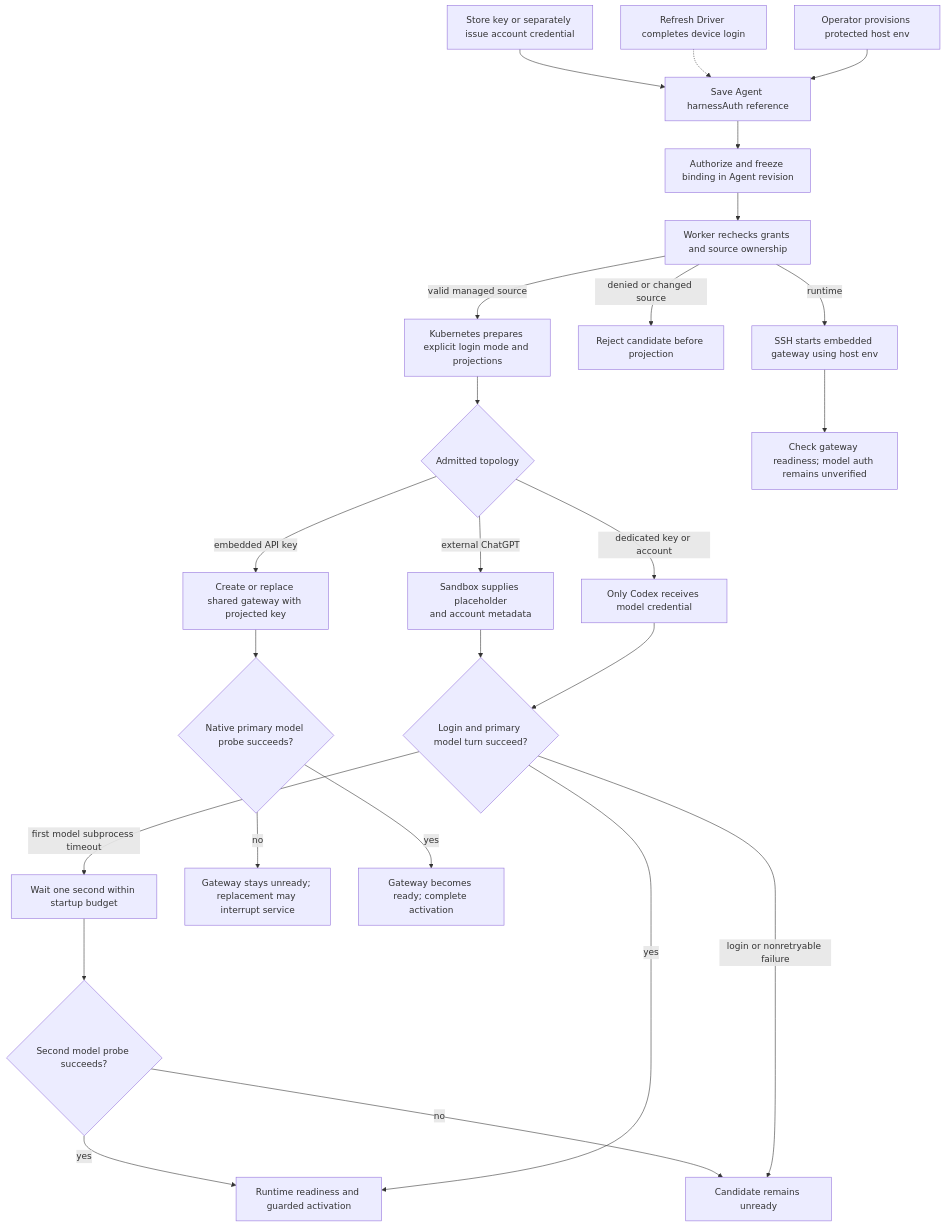
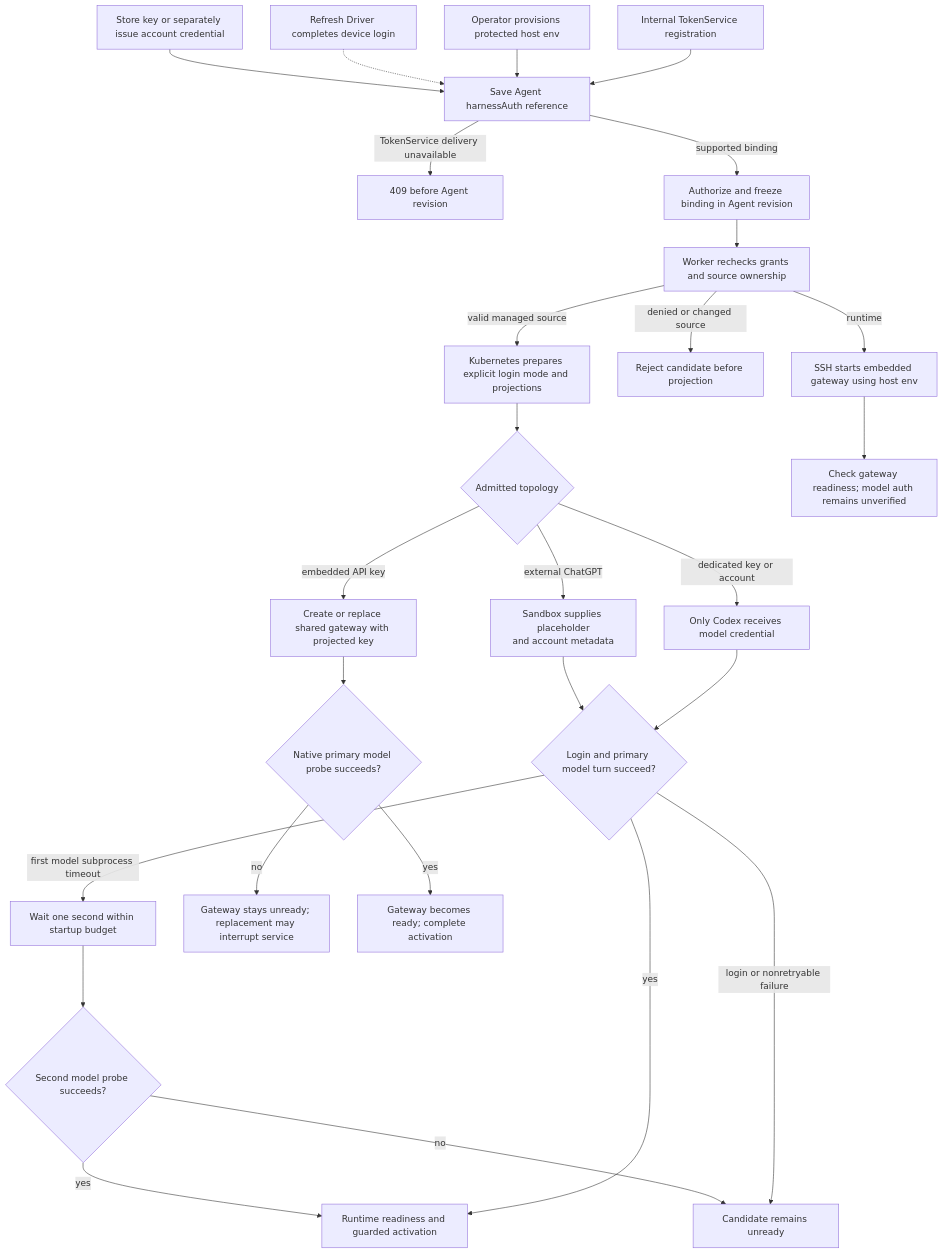
The diagram in docs/flows/native-service-account-credential-delivery.md (openclaw/openclaw-enterprise), drawn with Mermaid before and after one commit. The commit also changed other lines of this file and 4 other files, not shown here.

````diff
--- a/docs/flows/native-service-account-credential-delivery.md
+++ b/docs/flows/native-service-account-credential-delivery.md
@@ -31,27 +31,29 @@
 ```mermaid
 graph TD
   A["Store key or separately issue account credential"] --> B["Save Agent harnessAuth reference"]
   DA["Refresh Driver completes device login"] -.-> B
   G -->|external ChatGPT| OA["Sandbox supplies placeholder<br/>and account metadata"]
   OA --> J
   R["Operator provisions protected host env"] --> B
   D -->|runtime| S["SSH starts embedded gateway using host env"]
   S --> T["Check gateway readiness; model auth remains unverified"]
-  B --> C["Authorize and freeze binding in Agent revision"]
+  TS["Internal TokenService registration"] --> B
+  B -->|TokenService delivery unavailable| TSX["409 before Agent revision"]
+  B -->|supported binding| C["Authorize and freeze binding in Agent revision"]
   C --> D["Worker rechecks grants and source ownership"]
   D -->|denied or changed source| E["Reject candidate before projection"]
   D -->|valid managed source| F["Kubernetes prepares explicit login mode and projections"]
   F --> G{"Admitted topology"}
   G -->|embedded API key| H["Create or replace shared gateway with projected key"]
   G -->|dedicated key or account| I["Only Codex receives model credential"]
   I --> J{"Login and primary model turn succeed?"}
   J -->|first model subprocess timeout| P["Wait one second within startup budget"]
   P --> Q{"Second model probe succeeds?"}
   Q -->|yes| L
   Q -->|no| K["Candidate remains unready"]
   J -->|login or nonretryable failure| K
   J -->|yes| L["Runtime readiness and guarded activation"]
   H --> M{"Native primary model probe succeeds?"}
   M -->|no| N["Gateway stays unready; replacement may interrupt service"]
   M -->|yes| O["Gateway becomes ready; complete activation"]
 ```
````
